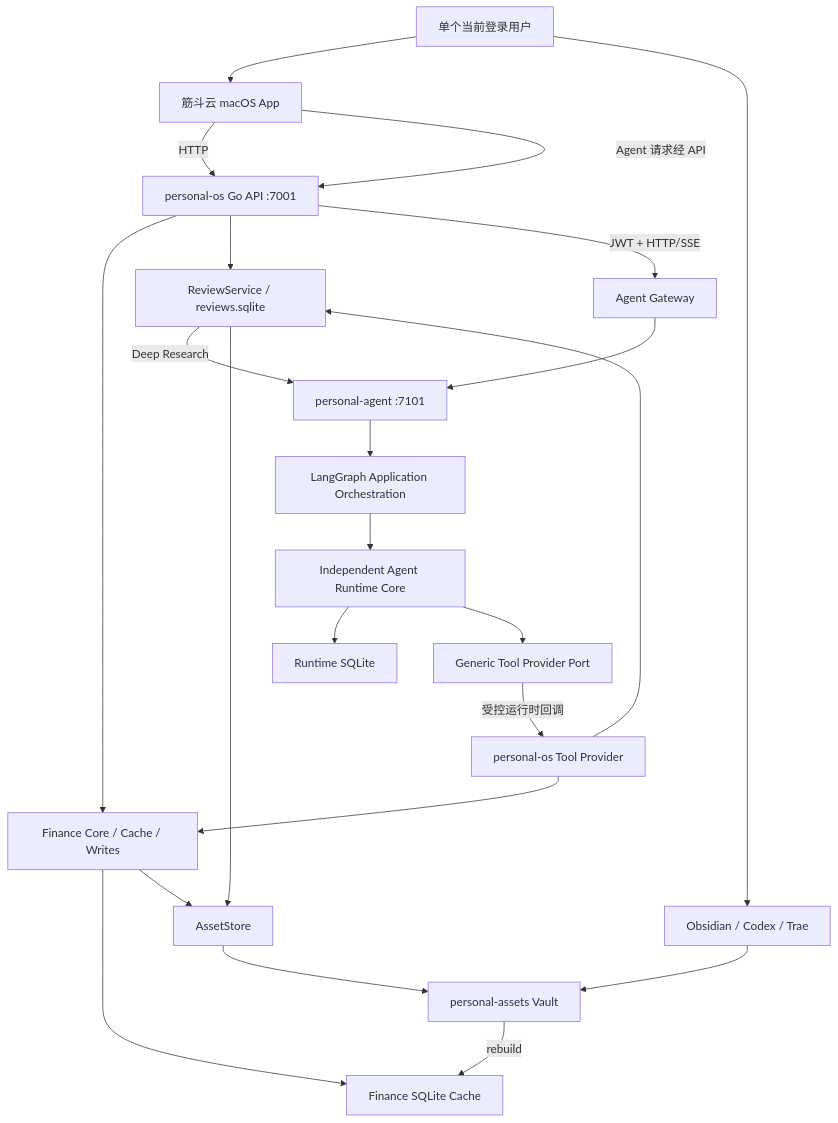
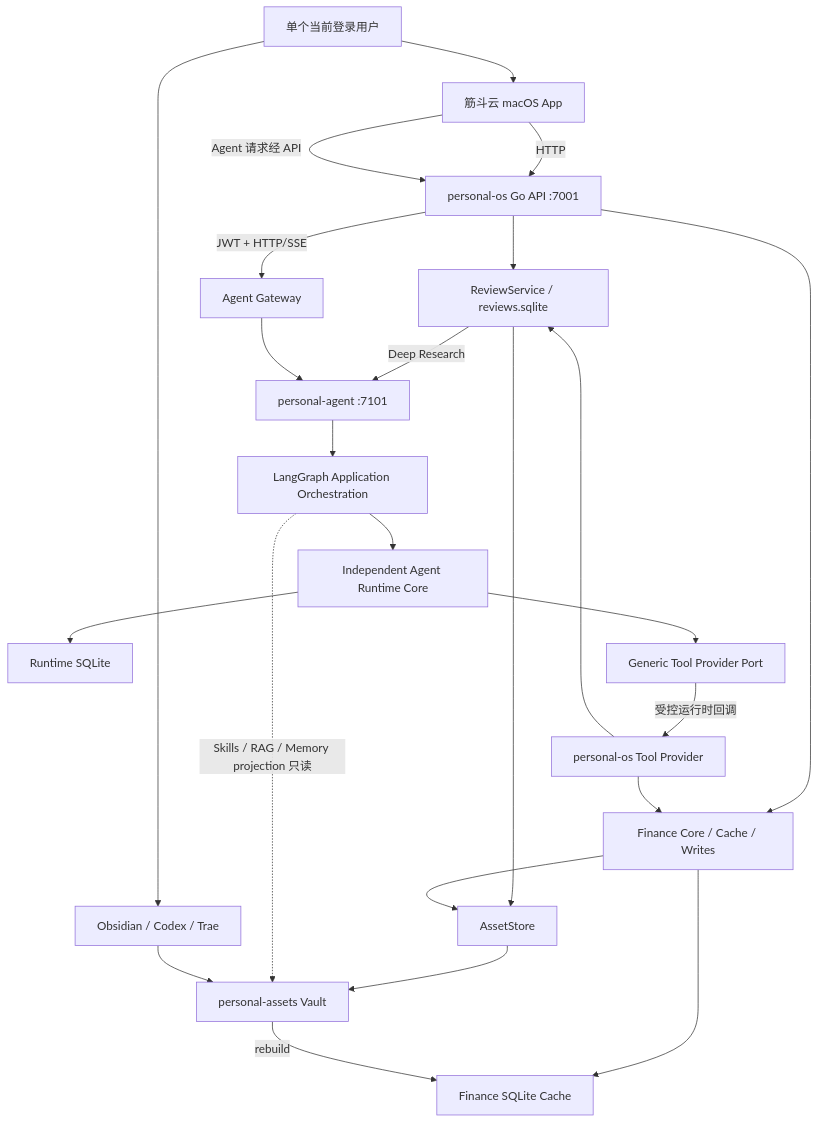
Before and after one commit to walker-qiang/personal-system: the diagram in docs/personal-system-design.md, drawn with Mermaid. The commit also changed other lines of this file and 26 other files, not shown here.

````diff
--- a/docs/personal-system-design.md
+++ b/docs/personal-system-design.md
@@ -207,29 +221,30 @@
 ```mermaid
 flowchart TD
     U["单个当前登录用户"] --> MAC["筋斗云 macOS App"]
     U --> OBS["Obsidian / Codex / Trae"]
 
     MAC -->|"HTTP"| API["personal-os Go API :7001"]
     MAC -->|"Agent 请求经 API"| API
 
     API --> FC["Finance Core / Cache / Writes"]
     API --> REVIEW["ReviewService / reviews.sqlite"]
     REVIEW -->|"Deep Research"| AGENT
     REVIEW --> AS
     FC --> FDB["Finance SQLite Cache"]
     FC --> AS["AssetStore"]
     AS --> VAULT["personal-assets Vault"]
 
     API -->|"JWT + HTTP/SSE"| GATEWAY["Agent Gateway"]
     GATEWAY --> AGENT["personal-agent :7101"]
     AGENT --> LG["LangGraph Application Orchestration"]
+    LG -.->|"Skills / RAG / Memory projection 只读"| VAULT
     LG --> RT["Independent Agent Runtime Core"]
     RT --> RS["Runtime SQLite"]
     RT --> TOOLS["Generic Tool Provider Port"]
     TOOLS -->|"受控运行时回调"| TP["personal-os Tool Provider"]
     TP --> FC
     TP --> REVIEW
 
     OBS --> VAULT
     VAULT -->|"rebuild"| FDB
 ```
````
